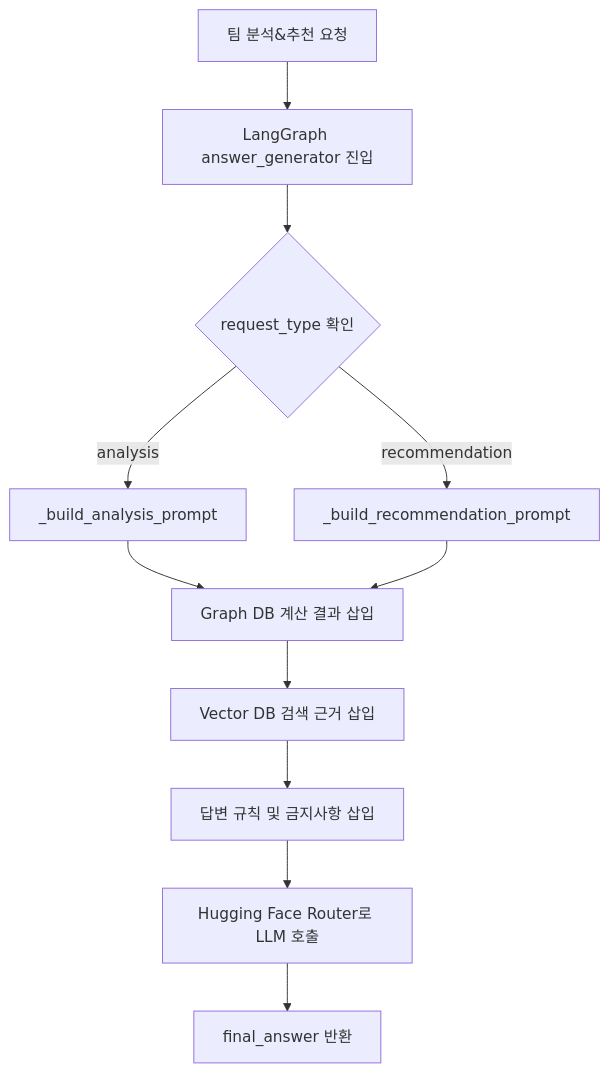
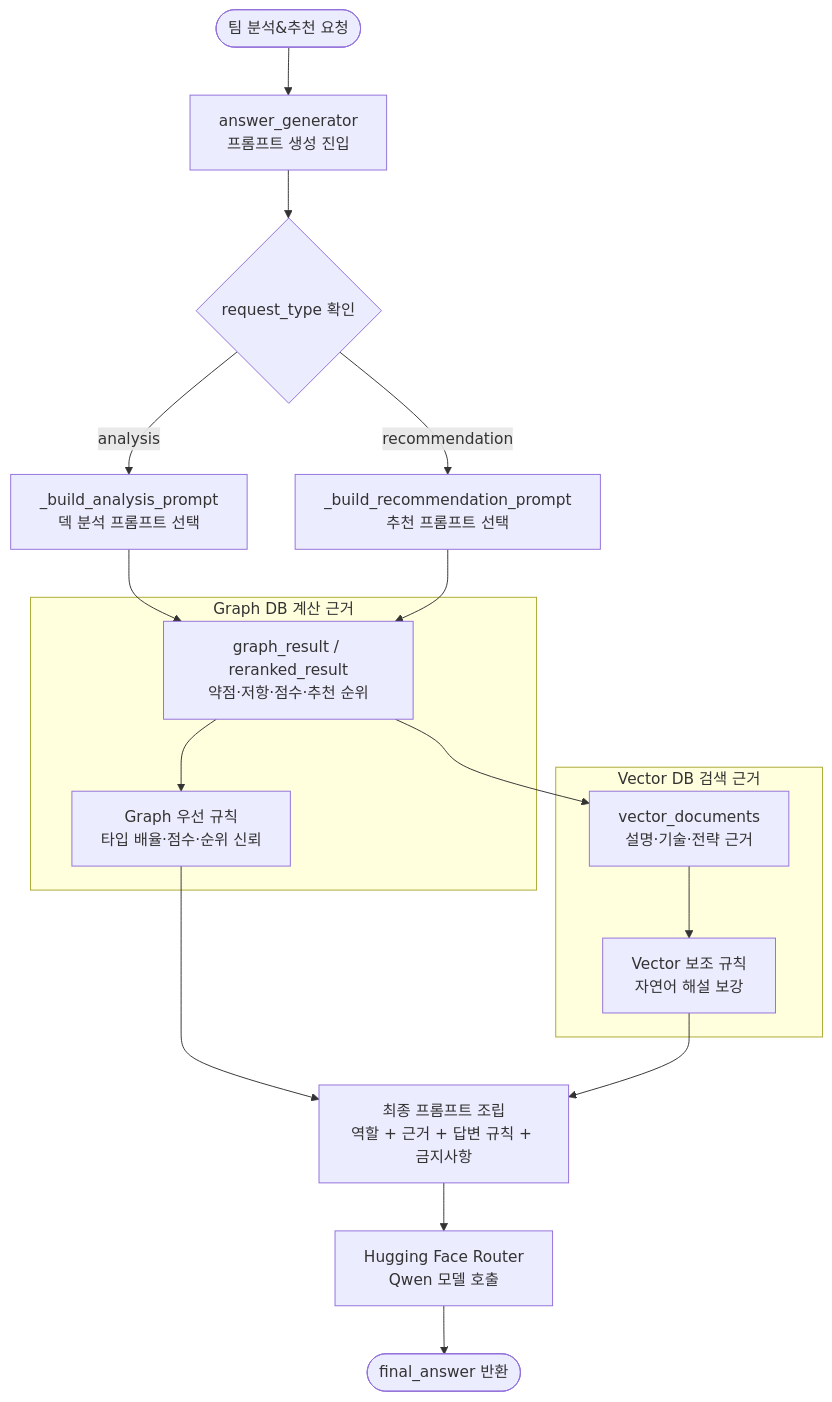
Before and after one commit to SKNETWORKS-FAMILY-AICAMP/SKN27-3rd-3TEAM: the diagram in docs/팀빌딩/08_프롬프트명세서.md, drawn with Mermaid.

Commit message:
프롬프트명세서 수정정

````diff
--- a/docs/팀빌딩/08_프롬프트명세서.md
+++ b/docs/팀빌딩/08_프롬프트명세서.md
@@ -141,13 +141,36 @@
 ```mermaid
 flowchart TD
-    A["팀 분석&추천 요청"] --> B["LangGraph answer_generator 진입"]
-    B --> C{"request_type 확인"}
-    C -- "analysis" --> D["_build_analysis_prompt"]
-    C -- "recommendation" --> E["_build_recommendation_prompt"]
-    D --> F["Graph DB 계산 결과 삽입"]
-    E --> F
-    F --> G["Vector DB 검색 근거 삽입"]
-    G --> H["답변 규칙 및 금지사항 삽입"]
-    H --> I["Hugging Face Router로 LLM 호출"]
-    I --> J["final_answer 반환"]
+    START(["팀 분석&추천 요청"])
+    ANSWER["answer_generator<br/>프롬프트 생성 진입"]
+    TYPE{"request_type 확인"}
+    ANALYSIS["_build_analysis_prompt<br/>덱 분석 프롬프트 선택"]
+    RECOMMEND["_build_recommendation_prompt<br/>추천 프롬프트 선택"]
+
+    subgraph GRAPH_CONTEXT["Graph DB 계산 근거"]
+        GRAPH_RESULT["graph_result / reranked_result<br/>약점·저항·점수·추천 순위"]
+        GRAPH_RULE["Graph 우선 규칙<br/>타입 배율·점수·순위 신뢰"]
+    end
+
+    subgraph VECTOR_CONTEXT["Vector DB 검색 근거"]
+        VECTOR_DOCS["vector_documents<br/>설명·기술·전략 근거"]
+        VECTOR_RULE["Vector 보조 규칙<br/>자연어 해설 보강"]
+    end
+
+    PROMPT["최종 프롬프트 조립<br/>역할 + 근거 + 답변 규칙 + 금지사항"]
+    CALL["Hugging Face Router<br/>Qwen 모델 호출"]
+    FINAL(["final_answer 반환"])
+
+    START --> ANSWER --> TYPE
+    TYPE -- "analysis" --> ANALYSIS
+    TYPE -- "recommendation" --> RECOMMEND
+    ANALYSIS --> GRAPH_RESULT
+    RECOMMEND --> GRAPH_RESULT
+
+    GRAPH_RESULT --> GRAPH_RULE
+    GRAPH_RULE --> PROMPT
+    GRAPH_RESULT --> VECTOR_DOCS
+    VECTOR_DOCS --> VECTOR_RULE
+    VECTOR_RULE --> PROMPT
+
+    PROMPT --> CALL --> FINAL
 ```
````
